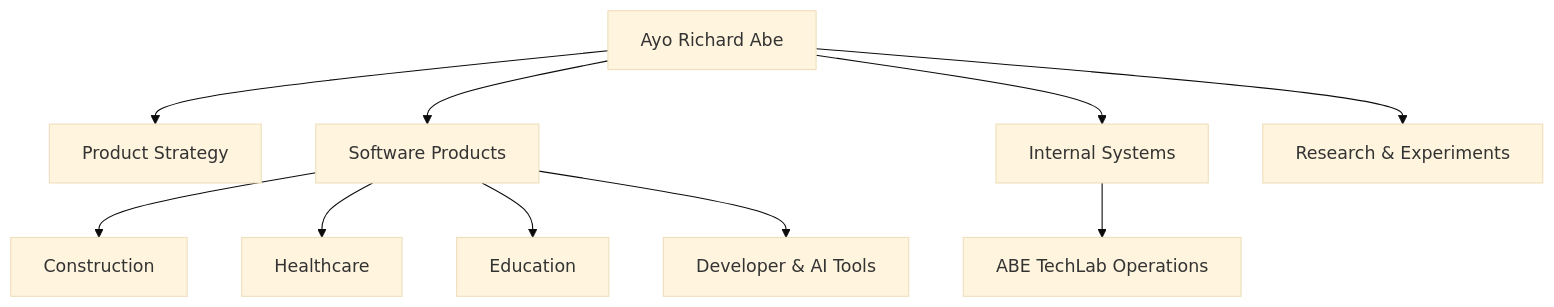
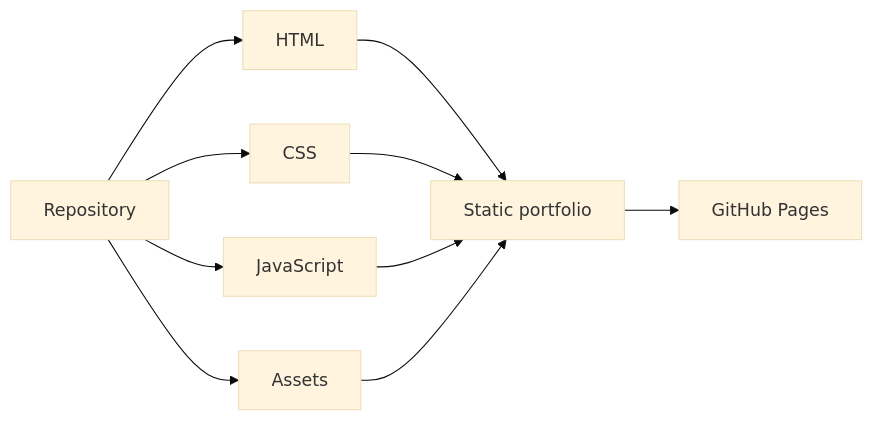
The second of 2 diagrams in README.md (gODtECH-Ctl-Create/Ayo-Richard-ABE), drawn with Mermaid (base theme) before and after one commit. The commit also changed other lines of this file, not shown here.

Commit message:
docs: redesign portfolio README

````diff
--- a/README.md
+++ b/README.md
@@ -60,12 +188,12 @@
 ```mermaid
-graph TD
-    A[Ayo Richard Abe] --> B[Product Strategy]
-    A --> C[Software Products]
-    A --> D[Internal Systems]
-    A --> E[Research & Experiments]
-    C --> F[Construction]
-    C --> G[Healthcare]
-    C --> H[Education]
-    C --> I[Developer & AI Tools]
-    D --> J[ABE TechLab Operations]
+graph LR
+    A[Repository] --> B[HTML]
+    A --> C[CSS]
+    A --> D[JavaScript]
+    A --> E[Assets]
+    B --> F[Static portfolio]
+    C --> F
+    D --> F
+    E --> F
+    F --> G[GitHub Pages]
 ```
````
